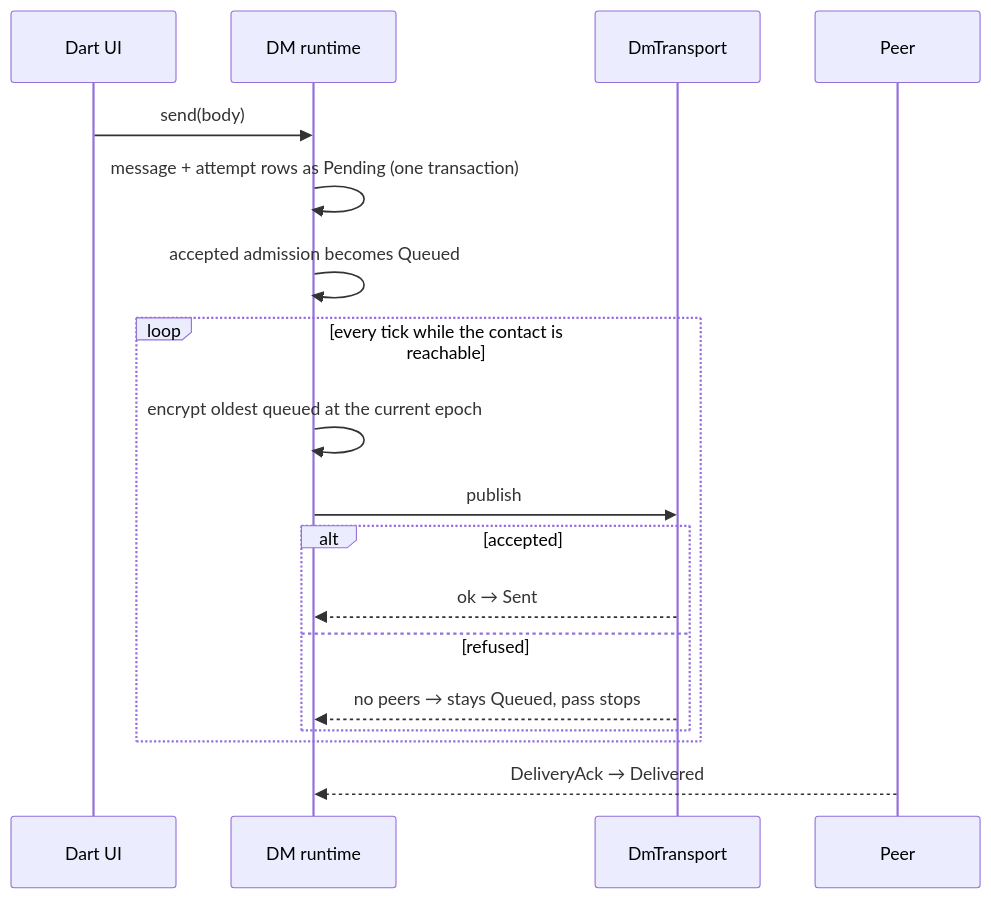
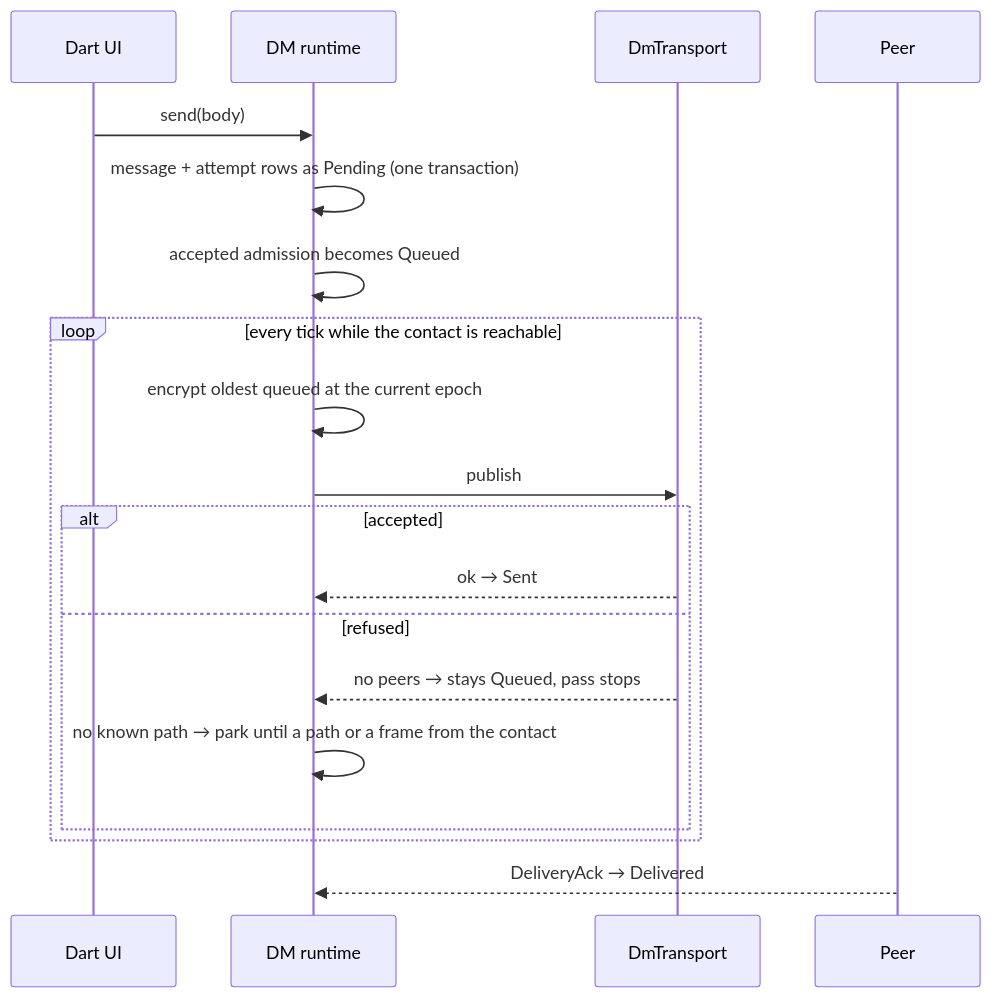
Before and after one commit to redstone-md/mosh-flutter: the third of 5 diagrams in docs/Features/private-dm.md, drawn with Mermaid. The commit also changed other lines of this file and 10 other files, not shown here.

First line of the commit message:
fix(dm): park the outbox until an unreachable peer shows up

````diff
--- a/docs/Features/private-dm.md
+++ b/docs/Features/private-dm.md
@@ -95,20 +99,21 @@
 ```mermaid
 sequenceDiagram
     participant UI as Dart UI
     participant RT as DM runtime
     participant T as DmTransport
     participant Peer
     UI->>RT: send(body)
     RT->>RT: message + attempt rows as Pending (one transaction)
     RT->>RT: accepted admission becomes Queued
     loop every tick while the contact is reachable
         RT->>RT: encrypt oldest queued at the current epoch
         RT->>T: publish
         alt accepted
             T-->>RT: ok → Sent
         else refused
             T-->>RT: no peers → stays Queued, pass stops
+            RT->>RT: no known path → park until a path or a frame from the contact
         end
     end
     Peer-->>RT: DeliveryAck → Delivered
 ```
````
